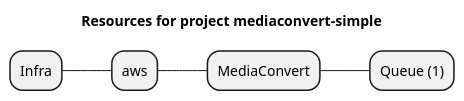
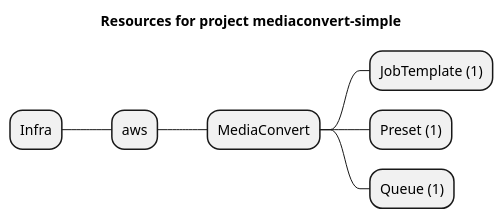
The diagram in examples/aws/MediaConvert/mediaconvert-simple/artifacts/resources-mindmap.puml (grucloud/grucloud), drawn with PlantUML before and after one commit. The commit also changed 8 other files, not shown here.

Commit message:
MediaConvertPreset MediaConvertJobTemplate

```diff
--- a/examples/aws/MediaConvert/mediaconvert-simple/artifacts/resources-mindmap.puml
+++ b/examples/aws/MediaConvert/mediaconvert-simple/artifacts/resources-mindmap.puml
@@ -1,8 +1,10 @@
 @startmindmap
 title Resources for project mediaconvert-simple
 skinparam monochrome true
 + Infra
 ++ aws
 +++ MediaConvert
+++++ JobTemplate (1)
+++++ Preset (1)
 ++++ Queue (1)
 @endmindmap
```
